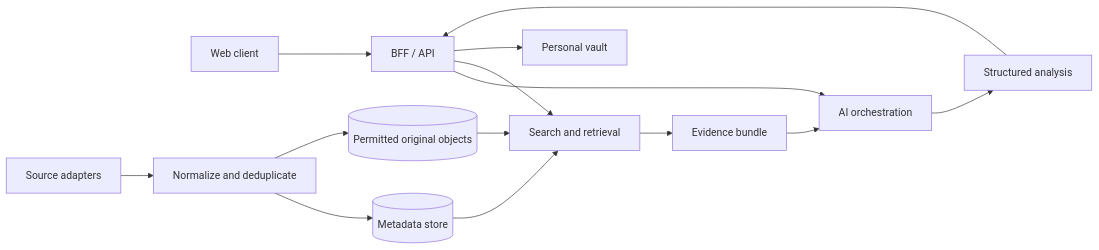
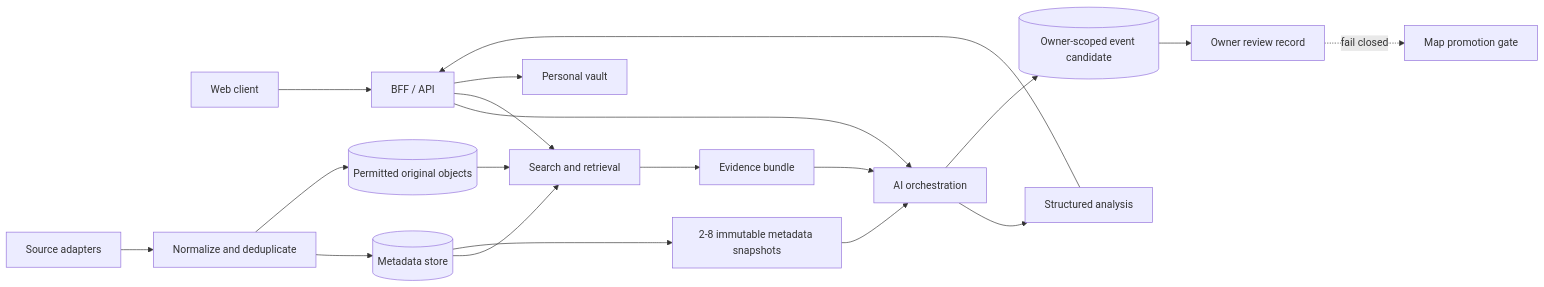
The diagram in docs/architecture.md (fakeminjun7321/fakeminjun-platform), drawn with Mermaid before and after one commit. The commit also changed other lines of this file and 25 other files, not shown here.

````diff
--- a/docs/architecture.md
+++ b/docs/architecture.md
@@ -9,16 +9,21 @@
 ```mermaid
 flowchart LR
     U[Web client] --> B[BFF / API]
     B --> A[AI orchestration]
     B --> S[Search and retrieval]
     B --> V[Personal vault]
     D[Source adapters] --> N[Normalize and deduplicate]
     N --> M[(Metadata store)]
     N --> O[(Permitted original objects)]
     M --> S
     O --> S
     S --> E[Evidence bundle]
     E --> A
     A --> R[Structured analysis]
     R --> B
+    M --> C[2-8 immutable metadata snapshots]
+    C --> A
+    A --> H[(Owner-scoped event candidate)]
+    H --> Q[Owner review record]
+    Q -. fail closed .-> G[Map promotion gate]
 ```
````
